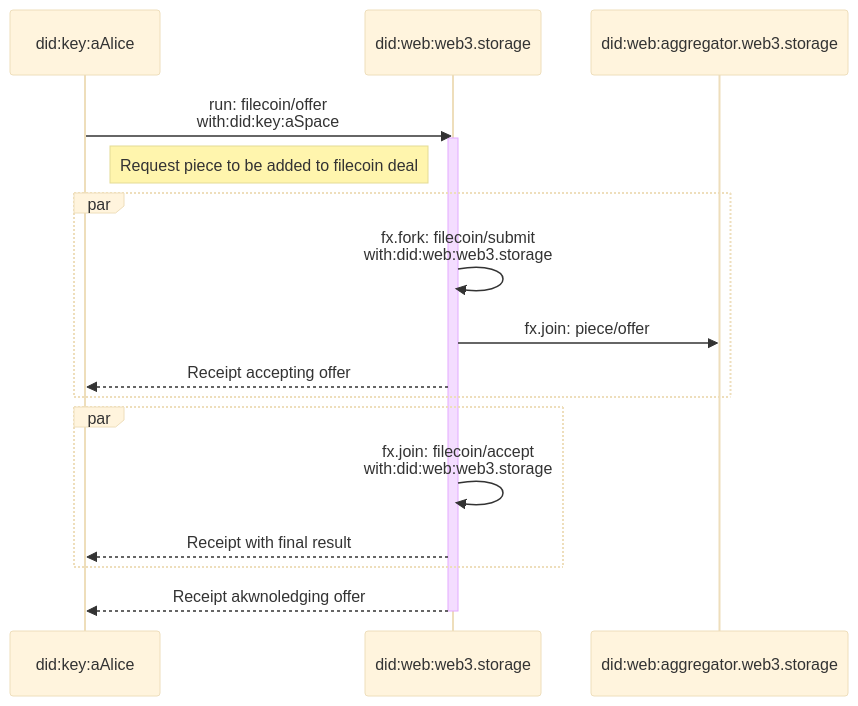
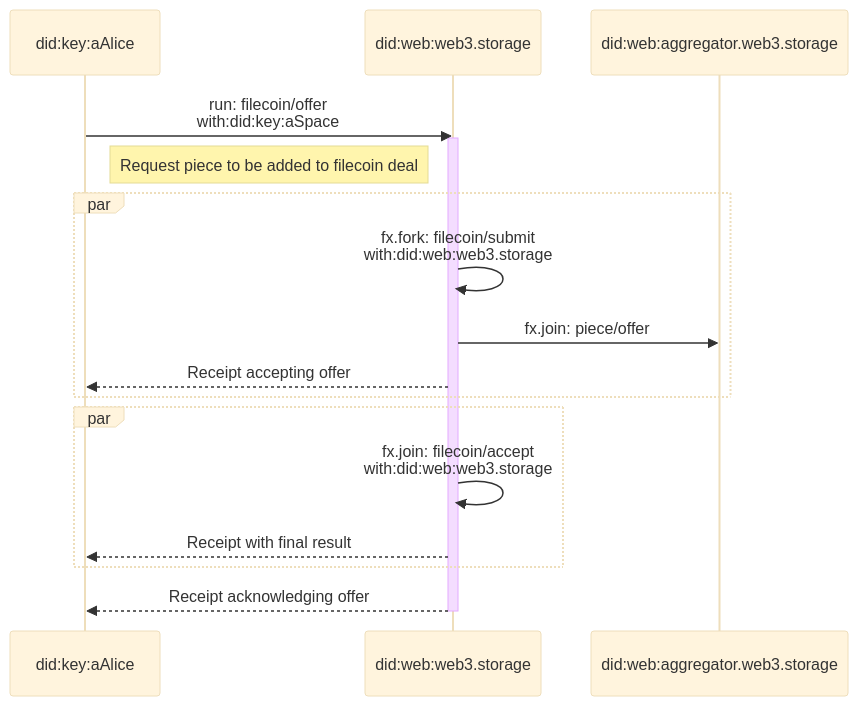
The first of 4 diagrams in w3-filecoin.md (storacha/specs), drawn with Mermaid (base theme) before and after one commit. The commit also changed other lines of this file, not shown here.

````diff
--- a/w3-filecoin.md
+++ b/w3-filecoin.md
@@ -120,30 +120,30 @@
 ```mermaid
 sequenceDiagram
     participant Agent as <br/>did:key:aAlice<br/>
     participant Storefront as <br/>did:web:web3.storage<br/>
     participant Aggregator as <br/>did:web:aggregator.web3.storage<br/>
 
 
     Agent->>Storefront: run: filecoin/offer<br/>with:did:key:aSpace
     Activate Storefront
     Note left of Storefront: Request piece to be added to filecoin deal
 
     par
     Storefront->>Storefront: fx.fork: filecoin/submit<br/>with:did:web:web3.storage
 
     Storefront->>Aggregator: fx.join: piece/offer
     Storefront-->>Agent: Receipt accepting offer
     end
     par
 
     Storefront->>Storefront: fx.join: filecoin/accept <br/>with:did:web:web3.storage
     
     Storefront-->>Agent: Receipt with final result
     end
 
-    Storefront-->>Agent: Receipt akwnoledging offer
+    Storefront-->>Agent: Receipt acknowledging offer
     deactivate Storefront
 
 
 
 ```
````
